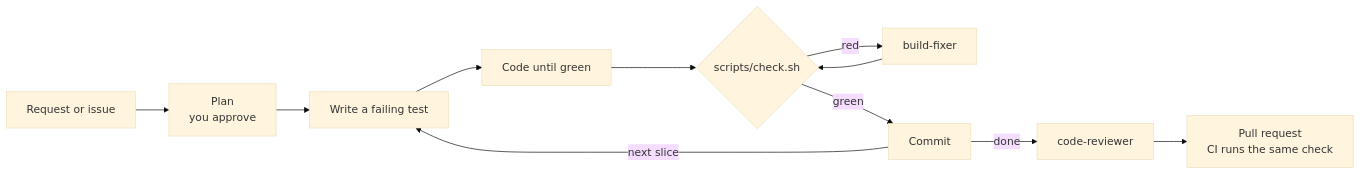
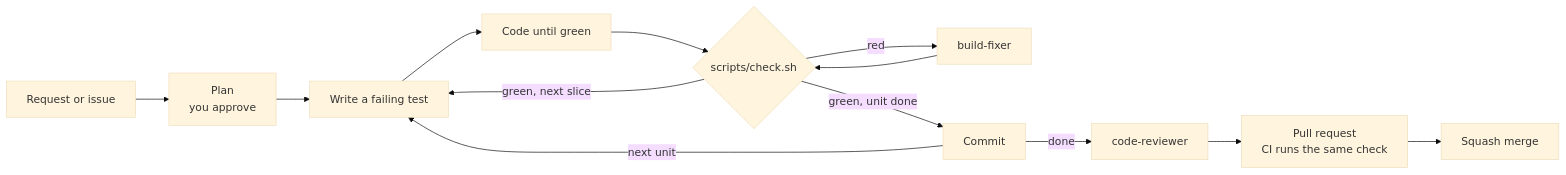
One commit to clw237/claude-starter changed the diagram in README.md. Above: the diagram before and after it, drawn with Mermaid (base theme). The commit also changed other lines of this file and 9 other files, not shown here.

First line of the commit message:
Commit per reviewable unit and squash-merge pull requests

````diff
--- a/README.md
+++ b/README.md
@@ -65,11 +65,12 @@
 ```mermaid
 flowchart LR
     A[Request or issue] --> B[Plan<br/>you approve]
     B --> C[Write a failing test]
     C --> D[Code until green]
     D --> E{scripts/check.sh}
     E -- red --> F[build-fixer] --> E
-    E -- green --> G[Commit]
-    G -- next slice --> C
-    G -- done --> H[code-reviewer] --> I[Pull request<br/>CI runs the same check]
+    E -- green, next slice --> C
+    E -- green, unit done --> G[Commit]
+    G -- next unit --> C
+    G -- done --> H[code-reviewer] --> I[Pull request<br/>CI runs the same check] --> J[Squash merge]
 ```
````
